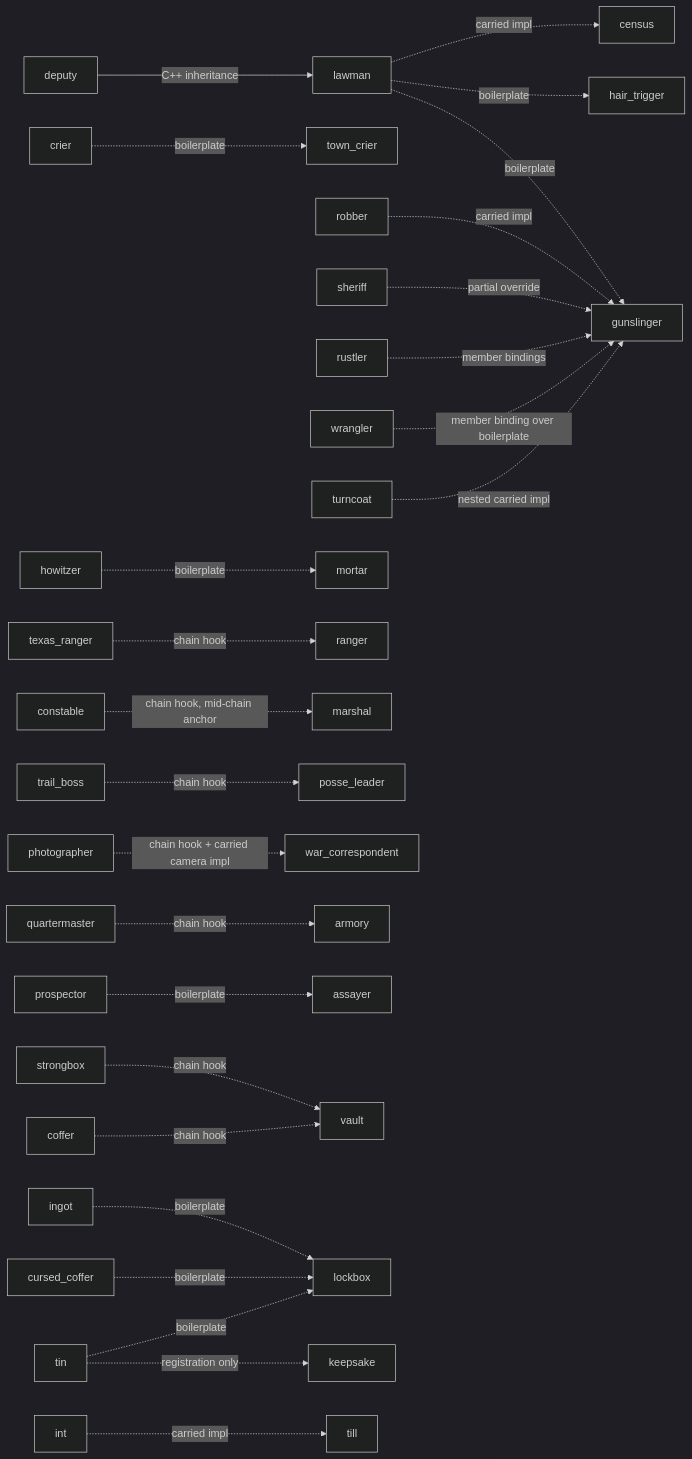
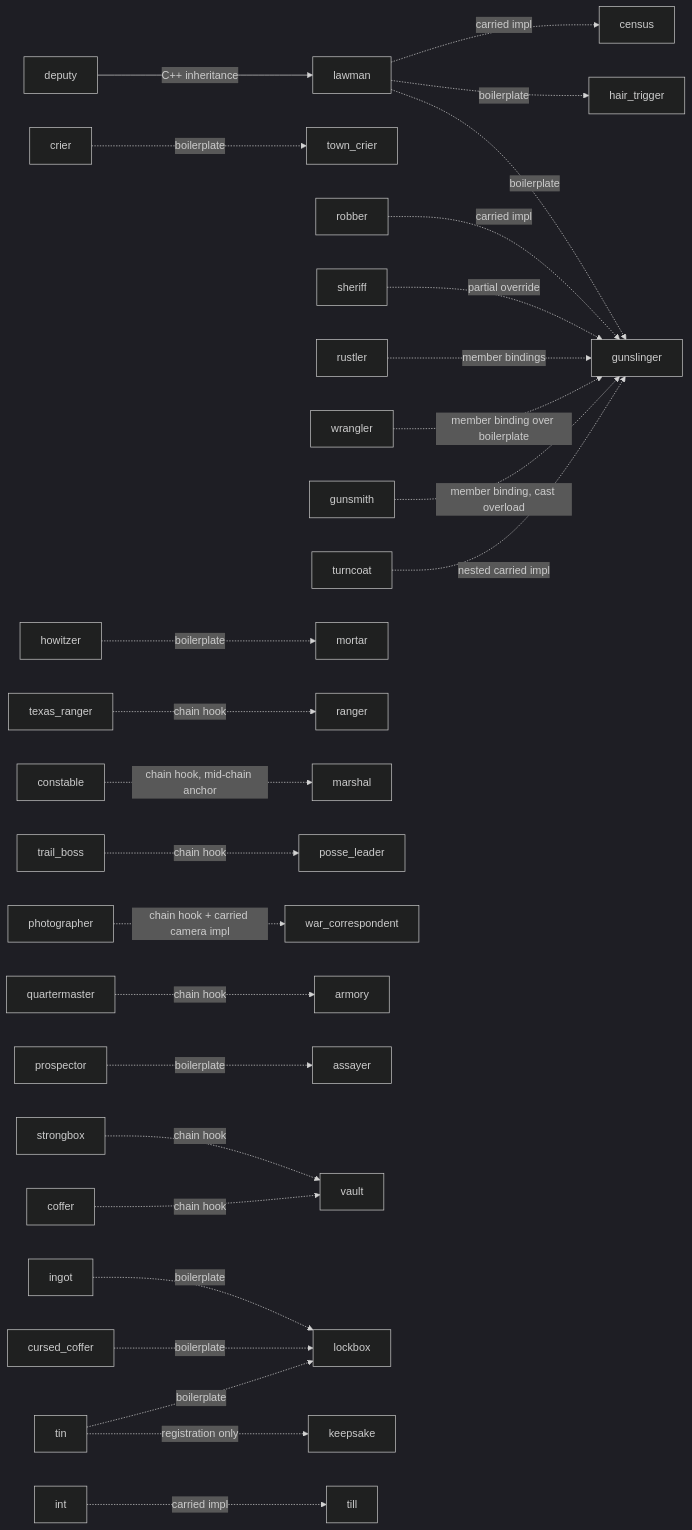
One commit to stevensudit/Corvid changed the eighth of 8 diagrams in corvid/meta/invoke/proxy.md. Above: the diagram before and after it, drawn with Mermaid (dark theme). The commit also changed other lines of this file and 2 other files, not shown here.

````diff
--- a/corvid/meta/invoke/proxy.md
+++ b/corvid/meta/invoke/proxy.md
@@ -2061,26 +2064,27 @@
 ```mermaid
 flowchart LR
     lawman -.->|boilerplate| gunslinger & hair_trigger
     lawman -.->|carried impl| census
     crier -.->|boilerplate| town_crier
     deputy -->|C++ inheritance| lawman
     robber -.->|carried impl| gunslinger
     sheriff -.->|partial override| gunslinger
     rustler -.->|member bindings| gunslinger
     wrangler -.->|member binding over boilerplate| gunslinger
+    gunsmith -.->|member binding, cast overload| gunslinger
     turncoat -.->|nested carried impl| gunslinger
     howitzer -.->|boilerplate| mortar
     texas_ranger -.->|chain hook| ranger
     constable -.->|"chain hook, mid-chain anchor"| marshal
     trail_boss -.->|chain hook| posse_leader
     photographer -.->|"chain hook + carried camera impl"| war_correspondent
     quartermaster -.->|chain hook| armory
     prospector -.->|boilerplate| assayer
     strongbox -.->|chain hook| vault
     coffer -.->|chain hook| vault
     ingot -.->|boilerplate| lockbox
     cursed_coffer -.->|boilerplate| lockbox
     tin -.->|boilerplate| lockbox
     tin -.->|registration only| keepsake
     int -.->|carried impl| till
 ```
````
